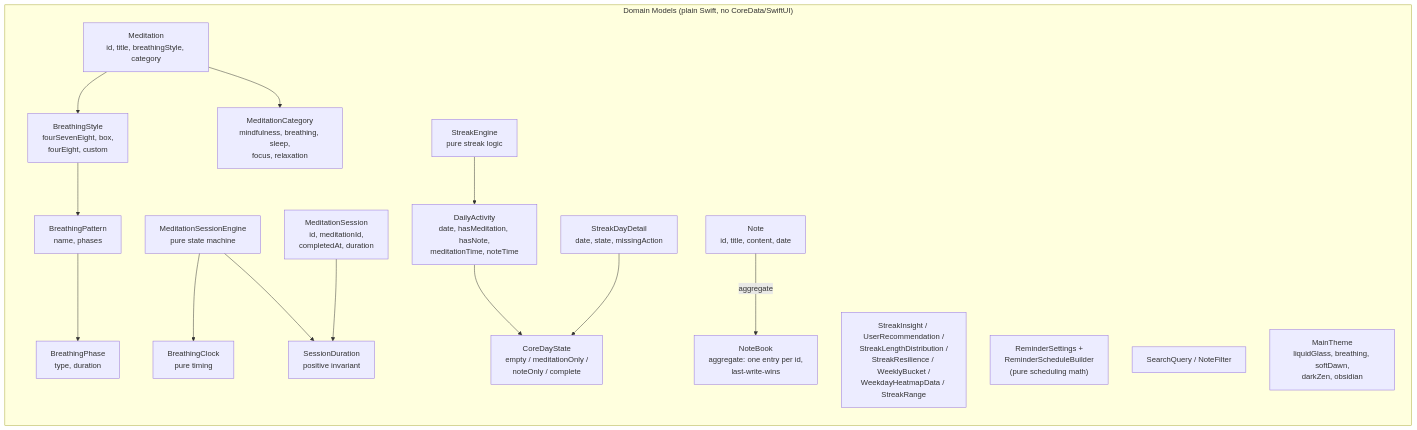
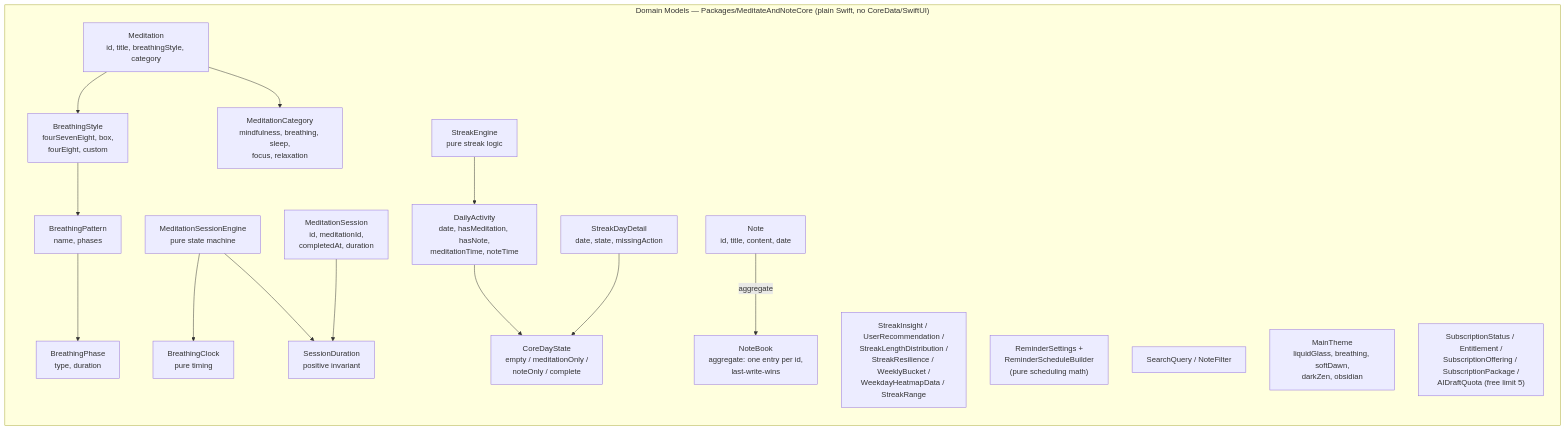
One commit to kwazzar/MeditateAndNote changed the fourth of 8 diagrams in ARCHITECTURE.md. Above: the diagram before and after it, drawn with Mermaid. The commit also changed other lines of this file and 2 other files, not shown here.

First line of the commit message:
docs: sync README/ARCHITECTURE/AGENTS with current project state

````diff
--- a/ARCHITECTURE.md
+++ b/ARCHITECTURE.md
@@ -243,36 +295,37 @@
 ```mermaid
 graph LR
-    subgraph Models["Domain Models (plain Swift, no CoreData/SwiftUI)"]
+    subgraph Models["Domain Models — Packages/MeditateAndNoteCore (plain Swift, no CoreData/SwiftUI)"]
         Note["Note<br/>id, title, content, date"]
         NoteBook["NoteBook<br/>aggregate: one entry per id,<br/>last-write-wins"]
         Meditation["Meditation<br/>id, title, breathingStyle, category"]
         BreathingStyle["BreathingStyle<br/>fourSevenEight, box,<br/>fourEight, custom"]
         BreathingPattern["BreathingPattern<br/>name, phases"]
         BreathingPhase["BreathingPhase<br/>type, duration"]
         MeditationCategory["MeditationCategory<br/>mindfulness, breathing, sleep,<br/>focus, relaxation"]
         Session["MeditationSession<br/>id, meditationId,<br/>completedAt, duration"]
         SessionDuration["SessionDuration<br/>positive invariant"]
         Engine["MeditationSessionEngine<br/>pure state machine"]
         Clock["BreathingClock<br/>pure timing"]
         DayState["CoreDayState<br/>empty / meditationOnly /<br/>noteOnly / complete"]
         DailyAct["DailyActivity<br/>date, hasMeditation, hasNote,<br/>meditationTime, noteTime"]
         DayDetail["StreakDayDetail<br/>date, state, missingAction"]
         StreakEngine["StreakEngine<br/>pure streak logic"]
         InsightVO["StreakInsight / UserRecommendation /<br/>StreakLengthDistribution /<br/>StreakResilience / WeeklyBucket /<br/>WeekdayHeatmapData / StreakRange"]
         RemindVO["ReminderSettings +<br/>ReminderScheduleBuilder<br/>(pure scheduling math)"]
         Search["SearchQuery / NoteFilter"]
         MainTheme["MainTheme<br/>liquidGlass, breathing, softDawn,<br/>darkZen, obsidian"]
+        SubVO["SubscriptionStatus / Entitlement /<br/>SubscriptionOffering / SubscriptionPackage /<br/>AIDraftQuota (free limit 5)"]
     end
 
     Meditation --> BreathingStyle
     BreathingStyle --> BreathingPattern
     BreathingPattern --> BreathingPhase
     Meditation --> MeditationCategory
     Engine --> Clock
     Engine --> SessionDuration
     Session --> SessionDuration
     DailyAct --> DayState
     DayDetail --> DayState
     StreakEngine --> DailyAct
     Note -- aggregate --> NoteBook
 ```
````
